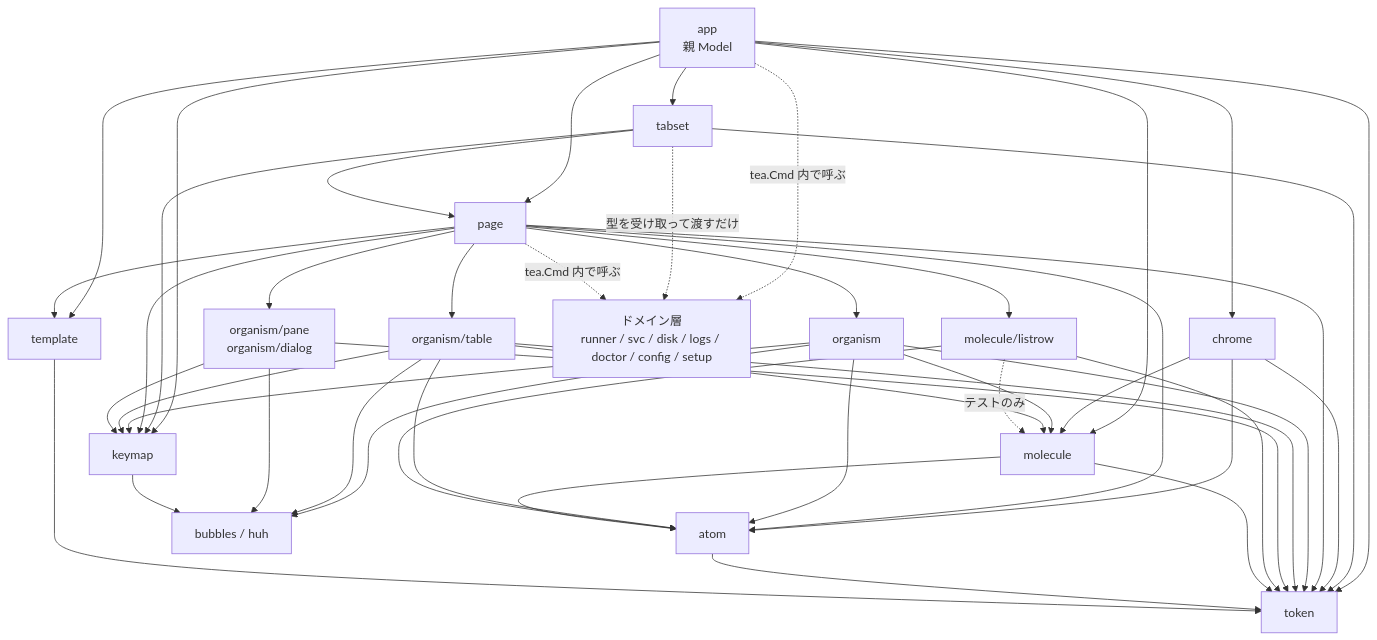
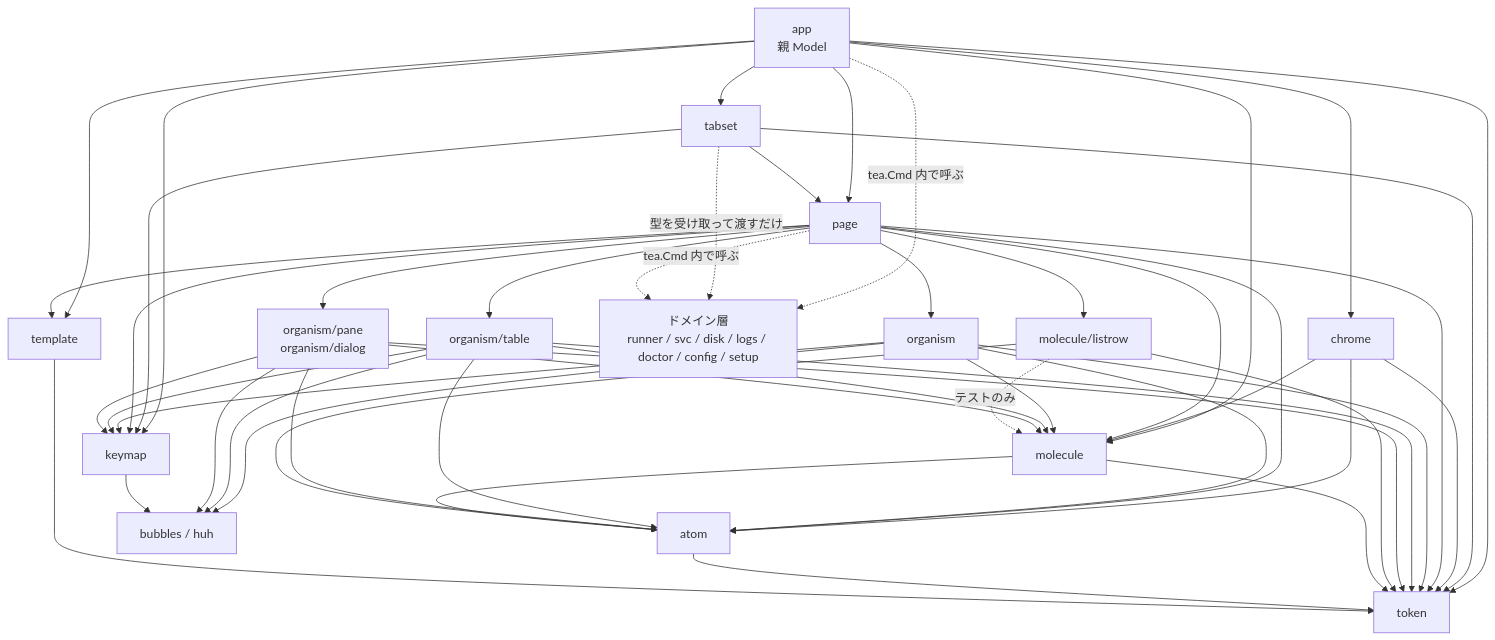
The second of 2 diagrams in docs/ui/atomic-design.md (ousiassllc/gsr-helper), drawn with Mermaid before and after one commit. The commit also changed other lines of this file and 6 other files, not shown here.

````diff
--- a/docs/ui/atomic-design.md
+++ b/docs/ui/atomic-design.md
@@ -95,65 +95,68 @@
 ```mermaid
 graph TD
     App[app<br/>親 Model]
     Tabs[tabset]
     Chrome[chrome]
     Page[page]
     Tmpl[template]
     Org[organism]
     OrgT[organism/table]
     OrgP[organism/pane<br/>organism/dialog]
     Mol[molecule]
     Row[molecule/listrow]
     Atom[atom]
     Tok[token]
     Key[keymap]
 
     Domain[ドメイン層<br/>runner / svc / disk / logs / doctor / config / setup]
     Bub[bubbles / huh]
 
     App --> Tabs
     App --> Chrome
     App --> Page
     App --> Tmpl
     App --> Key
     App --> Mol
     App --> Tok
     App -.->|tea.Cmd 内で呼ぶ| Domain
     Tabs --> Page
     Tabs --> Key
     Tabs --> Tok
     Tabs -.->|型を受け取って渡すだけ| Domain
     Chrome --> Mol
     Chrome --> Atom
     Chrome --> Tok
     Page --> Tmpl
     Page --> Org
     Page --> OrgT
     Page --> OrgP
     Page --> Row
+    Page --> Mol
     Page --> Key
     Page --> Atom
     Page --> Tok
     Page -.->|tea.Cmd 内で呼ぶ| Domain
     Org --> Mol
     Org --> Atom
     Org --> Bub
     Org --> Key
     Org --> Tok
     OrgT --> Mol
     OrgT --> Atom
     OrgT --> Bub
     OrgT --> Key
     OrgT --> Tok
     OrgP --> Bub
     OrgP --> Key
     OrgP --> Tok
+    OrgP --> Mol
+    OrgP --> Atom
     Row --> Atom
     Row --> Tok
     Row -.->|テストのみ| Mol
     Mol --> Atom
     Mol --> Tok
     Atom --> Tok
     Tmpl --> Tok
     Key --> Bub
 ```
````
